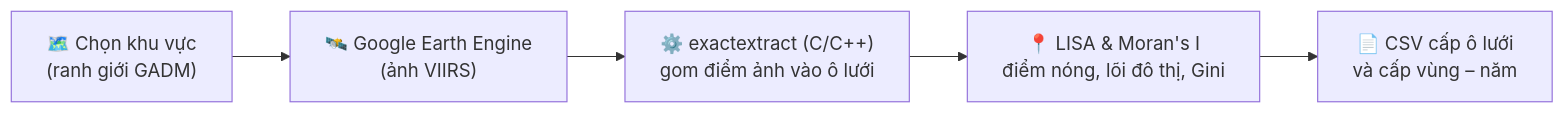
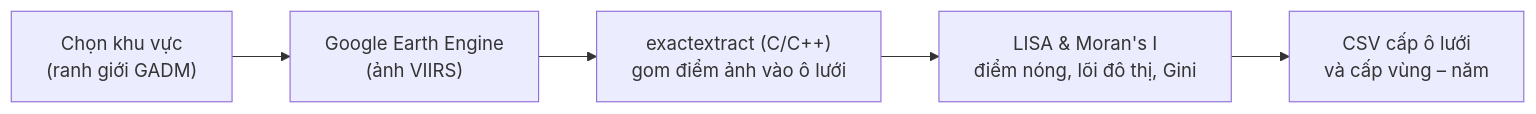
Before and after one commit to hoanfg/spatial-app: the diagram in README-vi.md, drawn with Mermaid. The commit also changed other lines of this file and 22 other files, not shown here.

````diff
--- a/README-vi.md
+++ b/README-vi.md
@@ -26,7 +26,7 @@
 ```mermaid
 flowchart LR
-    A["🗺️ Chọn khu vực<br/>(ranh giới GADM)"] --> B["🛰️ Google Earth Engine<br/>(ảnh VIIRS)"]
-    B --> C["⚙️ exactextract (C/C++)<br/>gom điểm ảnh vào ô lưới"]
-    C --> D["📍 LISA & Moran's I<br/>điểm nóng, lõi đô thị, Gini"]
-    D --> E["📄 CSV cấp ô lưới<br/>và cấp vùng – năm"]
+    A["Chọn khu vực<br/>(ranh giới GADM)"] --> B["Google Earth Engine<br/>(ảnh VIIRS)"]
+    B --> C["exactextract (C/C++)<br/>gom điểm ảnh vào ô lưới"]
+    C --> D["LISA & Moran's I<br/>điểm nóng, lõi đô thị, Gini"]
+    D --> E["CSV cấp ô lưới<br/>và cấp vùng – năm"]
 ```
````
